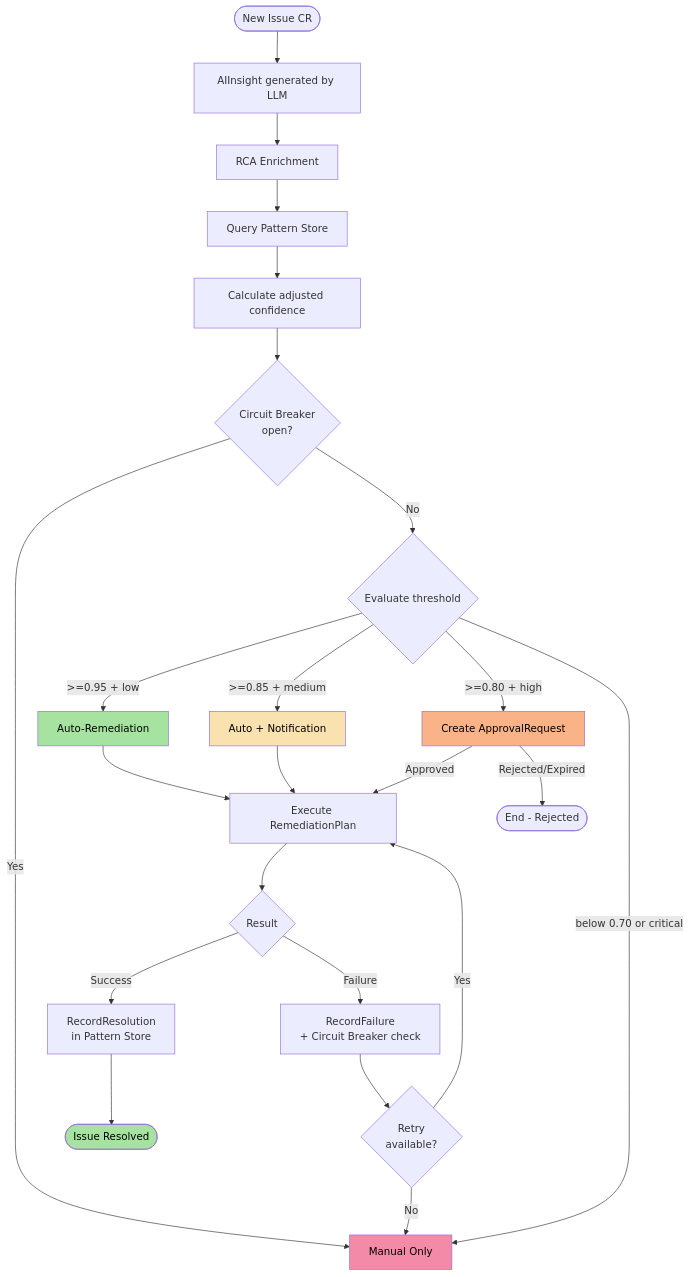
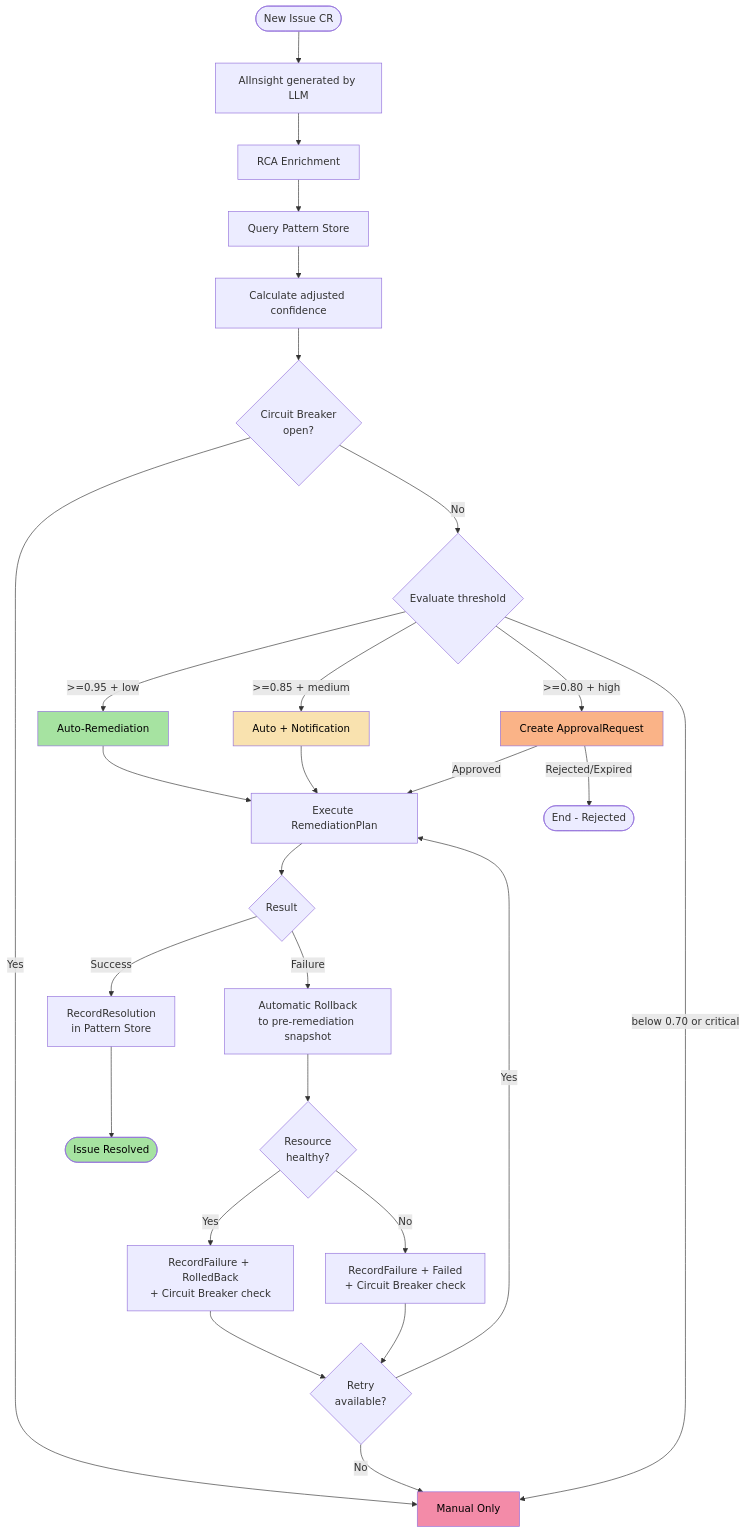
The second of 2 diagrams in en/features/aiops/decision-engine.mdx (diillson/chatcli.ai), drawn with Mermaid before and after one commit. The commit also changed 9 other files, not shown here.

First line of the commit message:
docs: document automatic rollback engine and state protection

````diff
--- a/en/features/aiops/decision-engine.mdx
+++ b/en/features/aiops/decision-engine.mdx
@@ -787,36 +787,40 @@
 ```mermaid
 flowchart TD
     START([New Issue CR]) --> INSIGHT[AIInsight generated by LLM]
     INSIGHT --> RCA[RCA Enrichment]
     RCA --> PATTERN[Query Pattern Store]
     PATTERN --> CALC[Calculate adjusted confidence]
 
     CALC --> CB{Circuit Breaker<br/>open?}
     CB -->|Yes| MANUAL[Manual Only]
     CB -->|No| THRESHOLD{Evaluate threshold}
 
     THRESHOLD -->|>=0.95 + low| AUTO[Auto-Remediation]
     THRESHOLD -->|>=0.85 + medium| NOTIFY[Auto + Notification]
     THRESHOLD -->|>=0.80 + high| APPROVAL[Create ApprovalRequest]
     THRESHOLD -->|below 0.70 or critical| MANUAL
 
     AUTO --> EXEC[Execute RemediationPlan]
     NOTIFY --> EXEC
     APPROVAL -->|Approved| EXEC
     APPROVAL -->|Rejected/Expired| END_REJECT([End - Rejected])
 
     EXEC --> RESULT{Result}
     RESULT -->|Success| RECORD_OK[RecordResolution<br/>in Pattern Store]
-    RESULT -->|Failure| RECORD_FAIL[RecordFailure<br/>+ Circuit Breaker check]
+    RESULT -->|Failure| ROLLBACK[Automatic Rollback<br/>to pre-remediation snapshot]
+    ROLLBACK --> HEALTH{Resource<br/>healthy?}
+    HEALTH -->|Yes| RECORD_FAIL[RecordFailure + RolledBack<br/>+ Circuit Breaker check]
+    HEALTH -->|No| RECORD_FAIL_HARD[RecordFailure + Failed<br/>+ Circuit Breaker check]
 
     RECORD_OK --> END_OK([Issue Resolved])
     RECORD_FAIL --> RETRY{Retry<br/>available?}
+    RECORD_FAIL_HARD --> RETRY
     RETRY -->|Yes| EXEC
     RETRY -->|No| MANUAL
 
     style AUTO fill:#a6e3a1,color:#000
     style NOTIFY fill:#f9e2af,color:#000
     style APPROVAL fill:#fab387,color:#000
     style MANUAL fill:#f38ba8,color:#000
     style END_OK fill:#a6e3a1,color:#000
 ```
````
